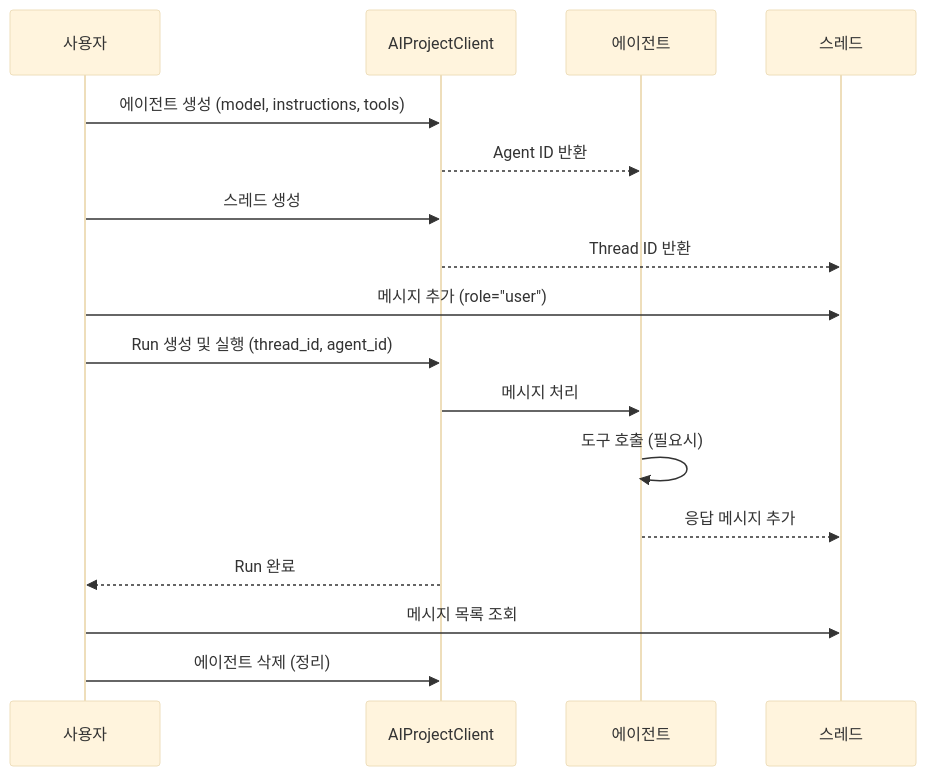
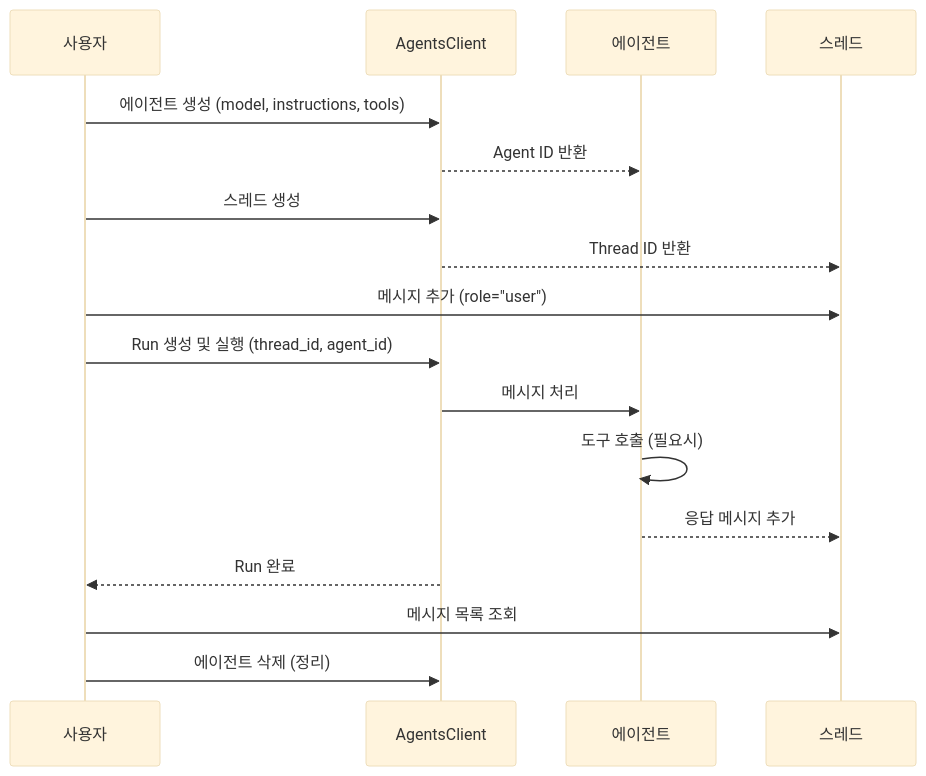
The diagram in module1-agent-sdk/README.md (junwoojeong100/copilot-cli-foundry-agents), drawn with Mermaid (base theme) before and after one commit. The commit also changed other lines of this file and 11 other files, not shown here.

````diff
--- a/module1-agent-sdk/README.md
+++ b/module1-agent-sdk/README.md
@@ -45,20 +45,20 @@
 ```mermaid
 sequenceDiagram
     participant User as 사용자
-    participant Client as AIProjectClient
+    participant Client as AgentsClient
     participant Agent as 에이전트
     participant Thread as 스레드
 
     User->>Client: 에이전트 생성 (model, instructions, tools)
     Client-->>Agent: Agent ID 반환
     User->>Client: 스레드 생성
     Client-->>Thread: Thread ID 반환
     User->>Thread: 메시지 추가 (role="user")
     User->>Client: Run 생성 및 실행 (thread_id, agent_id)
     Client->>Agent: 메시지 처리
     Agent->>Agent: 도구 호출 (필요시)
     Agent-->>Thread: 응답 메시지 추가
     Client-->>User: Run 완료
     User->>Thread: 메시지 목록 조회
     User->>Client: 에이전트 삭제 (정리)
 ```
````
